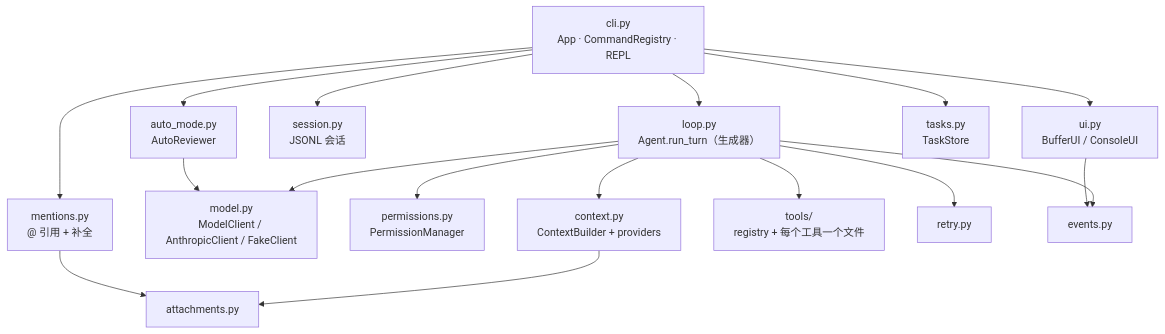
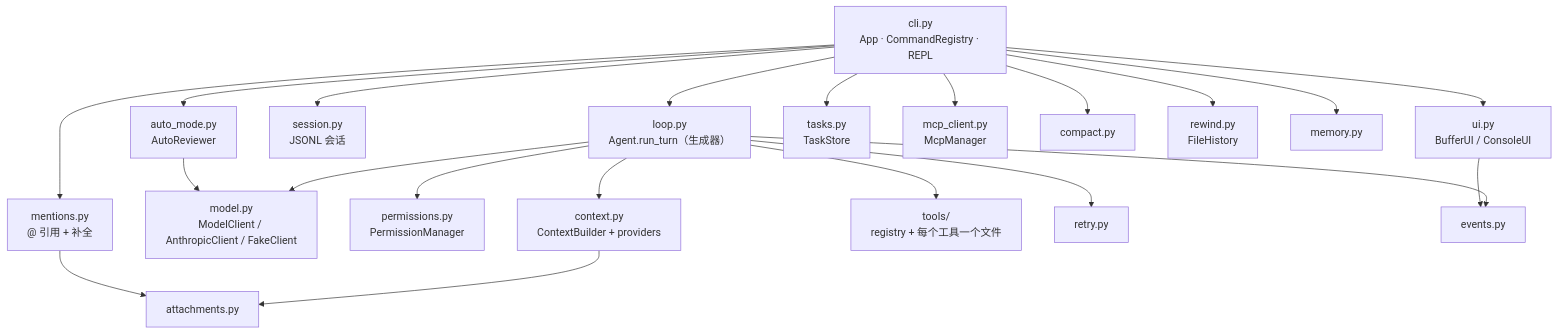
The first of 2 diagrams in code/mini_cc/ARCHITECTURE.md (advence-liz/agent-learning), drawn with Mermaid before and after one commit. The commit also changed other lines of this file and 8 other files, not shown here.

````diff
--- a/code/mini_cc/ARCHITECTURE.md
+++ b/code/mini_cc/ARCHITECTURE.md
@@ -13,19 +13,23 @@
 ```mermaid
 flowchart TB
     cli["cli.py<br/>App · CommandRegistry · REPL"] --> loop
     cli --> ui["ui.py<br/>BufferUI / ConsoleUI"]
     cli --> session["session.py<br/>JSONL 会话"]
     cli --> mentions["mentions.py<br/>@ 引用 + 补全"]
     cli --> auto["auto_mode.py<br/>AutoReviewer"]
     cli --> tasks["tasks.py<br/>TaskStore"]
+    cli --> mcp["mcp_client.py<br/>McpManager"]
+    cli --> compact["compact.py"]
+    cli --> rewind["rewind.py<br/>FileHistory"]
+    cli --> memory["memory.py"]
     loop["loop.py<br/>Agent.run_turn（生成器）"] --> model["model.py<br/>ModelClient / AnthropicClient / FakeClient"]
     loop --> perms["permissions.py<br/>PermissionManager"]
     loop --> context["context.py<br/>ContextBuilder + providers"]
     loop --> tools["tools/<br/>registry + 每个工具一个文件"]
     loop --> retry["retry.py"]
     loop --> events["events.py"]
     context --> attachments["attachments.py"]
     mentions --> attachments
     auto --> model
     ui --> events
 ```
````
